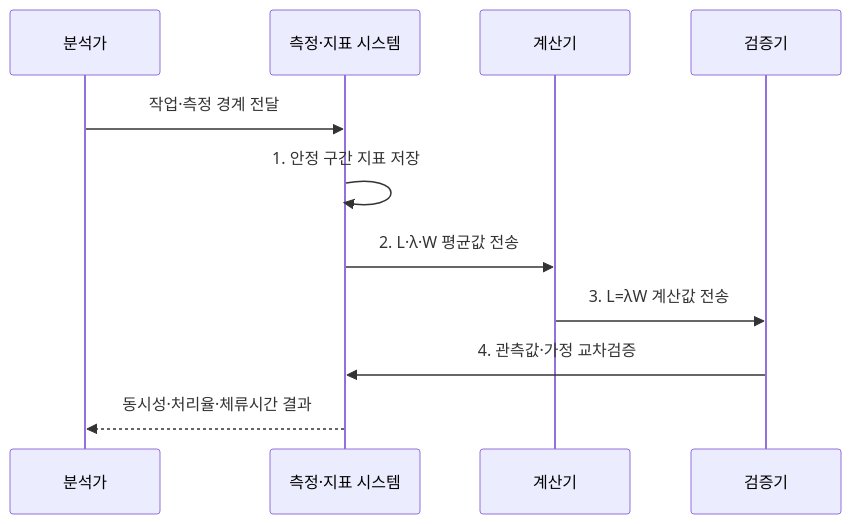
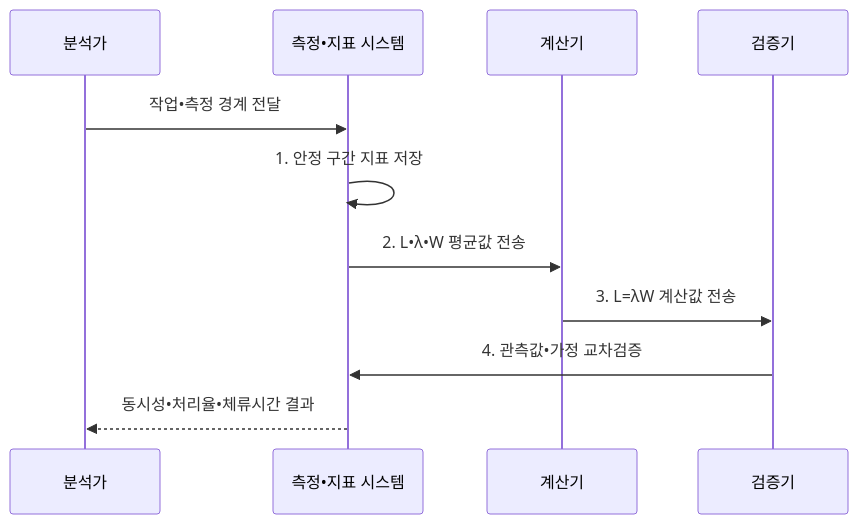
One commit to agnusdei1207/knowledge-base changed the second of 2 diagrams in src/content/docs/notes/06-evaluation/004_littles_law.md. Above: the diagram before and after it, drawn with Mermaid. The commit also changed other lines of this file and 953 other files, not shown here.

````diff
--- a/src/content/docs/notes/06-evaluation/004_littles_law.md
+++ b/src/content/docs/notes/06-evaluation/004_littles_law.md
@@ -104,13 +104,13 @@
 ```mermaid
 sequenceDiagram
   participant A as 분석가
-    participant M as 측정·지표 시스템
+    participant M as 측정•지표 시스템
   participant C as 계산기
   participant V as 검증기
-  A->>M: 작업·측정 경계 전달
+  A->>M: 작업•측정 경계 전달
     M->>M: 1. 안정 구간 지표 저장
-    M->>C: 2. L·λ·W 평균값 전송
+    M->>C: 2. L•λ•W 평균값 전송
   C->>V: 3. L=λW 계산값 전송
-  V->>M: 4. 관측값·가정 교차검증
-  M-->>A: 동시성·처리율·체류시간 결과
+  V->>M: 4. 관측값•가정 교차검증
+  M-->>A: 동시성•처리율•체류시간 결과
 ```
````
